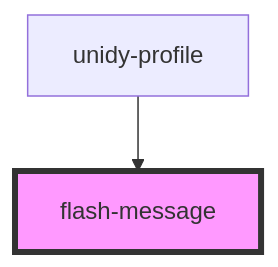
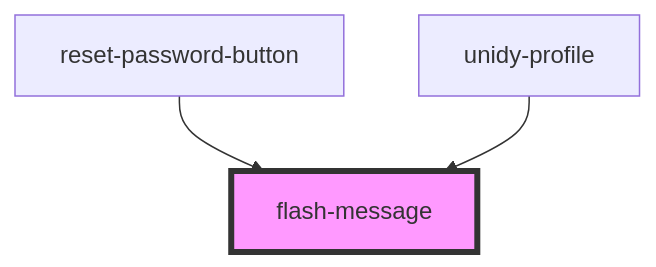
The diagram in packages/auth/src/components/profile/unidy-flash/readme.md (UnidyID/unidy-sdk), drawn with Mermaid before and after one commit. The commit also changed other lines of this file and 2 other files, not shown here.

Commit message:
Autogenerated readmes

````diff
--- a/packages/auth/src/components/profile/unidy-flash/readme.md
+++ b/packages/auth/src/components/profile/unidy-flash/readme.md
@@ -23,5 +24,6 @@
 ```mermaid
 graph TD;
+  reset-password-button --> flash-message
   unidy-profile --> flash-message
   style flash-message fill:#f9f,stroke:#333,stroke-width:4px
 ```
````
